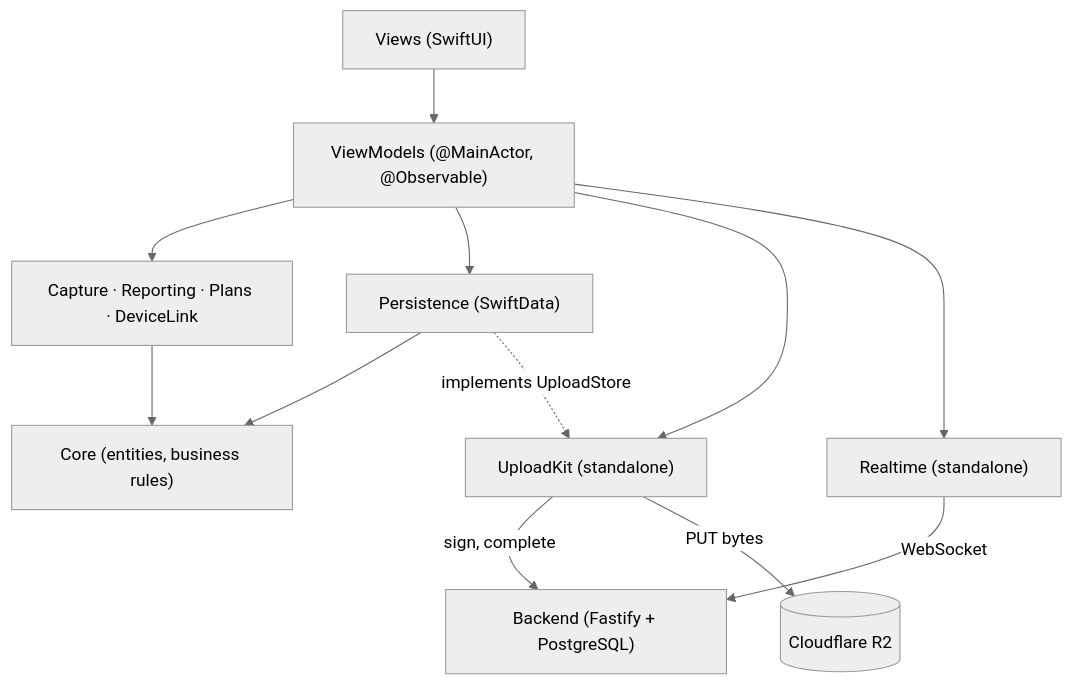
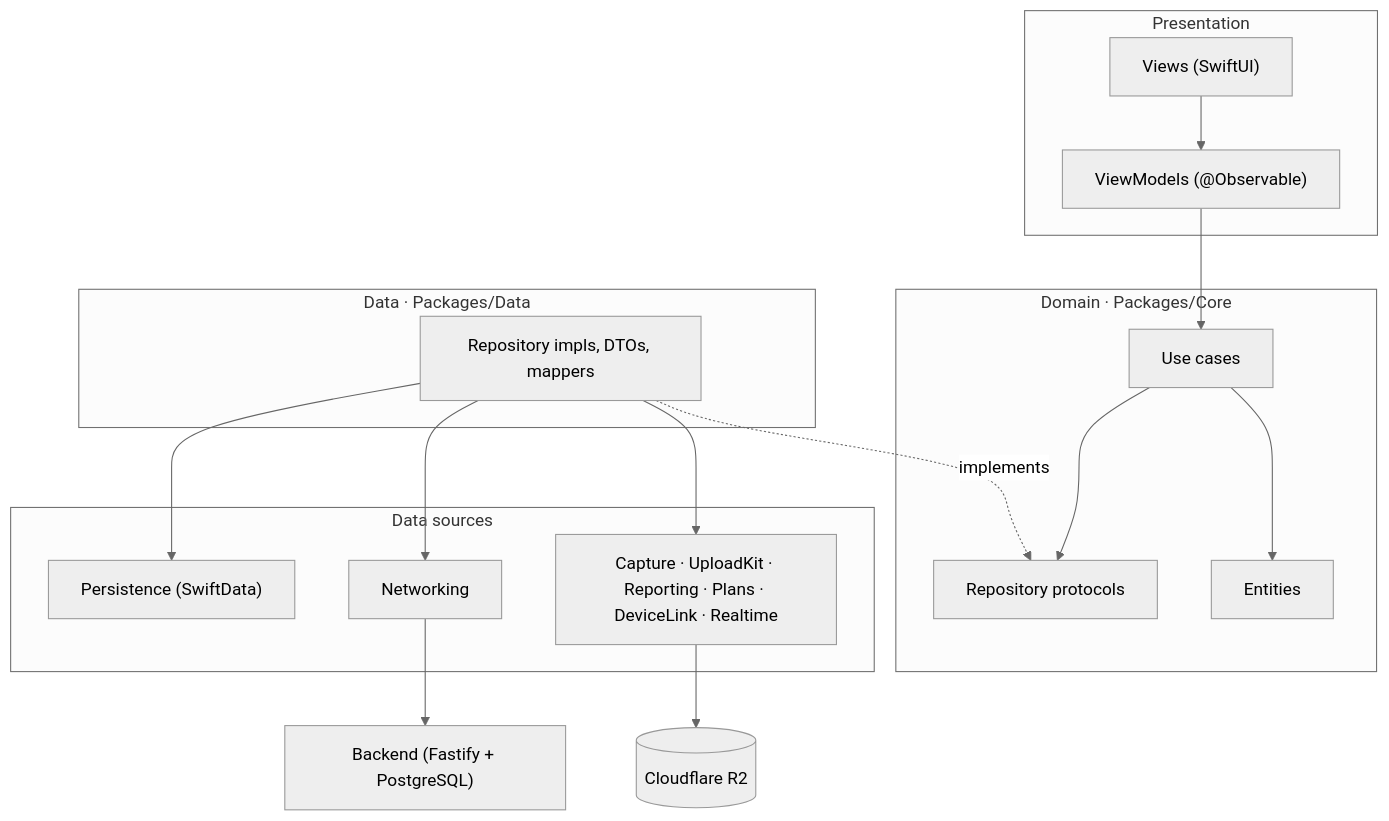
The first of 2 diagrams in README.md (DAMHONGDUC/site-log-ios), drawn with Mermaid (neutral theme) before and after one commit. The commit also changed other lines of this file and 8 other files, not shown here.

First line of the commit message:
docs: architecture - move to Clean Architecture layers

````diff
--- a/README.md
+++ b/README.md
@@ -42,14 +42,25 @@
 ```mermaid
 flowchart TD
-  View["Views (SwiftUI)"] --> VM["ViewModels (@MainActor, @Observable)"]
-  VM --> Feat["Capture · Reporting · Plans · DeviceLink"]
-  VM --> Persist["Persistence (SwiftData)"]
-  VM --> Upload["UploadKit (standalone)"]
-  VM --> RT["Realtime (standalone)"]
-  Feat --> Core["Core (entities, business rules)"]
-  Persist --> Core
-  Persist -. implements UploadStore .-> Upload
-  Upload -->|"sign, complete"| BE["Backend (Fastify + PostgreSQL)"]
-  Upload -->|"PUT bytes"| R2[("Cloudflare R2")]
-  RT -->|"WebSocket"| BE
+  subgraph Presentation
+    View["Views (SwiftUI)"] --> VM["ViewModels (@Observable)"]
+  end
+  subgraph Domain["Domain · Packages/Core"]
+    UC["Use cases"] --> RP["Repository protocols"]
+    UC --> ENT["Entities"]
+  end
+  subgraph Data["Data · Packages/Data"]
+    RI["Repository impls, DTOs, mappers"]
+  end
+  subgraph Sources["Data sources"]
+    SD["Persistence (SwiftData)"]
+    NET["Networking"]
+    FW["Capture · UploadKit · Reporting · Plans · DeviceLink · Realtime"]
+  end
+  VM --> UC
+  RI -. implements .-> RP
+  RI --> SD
+  RI --> NET
+  RI --> FW
+  NET --> BE["Backend (Fastify + PostgreSQL)"]
+  FW --> R2[("Cloudflare R2")]
 ```
````
